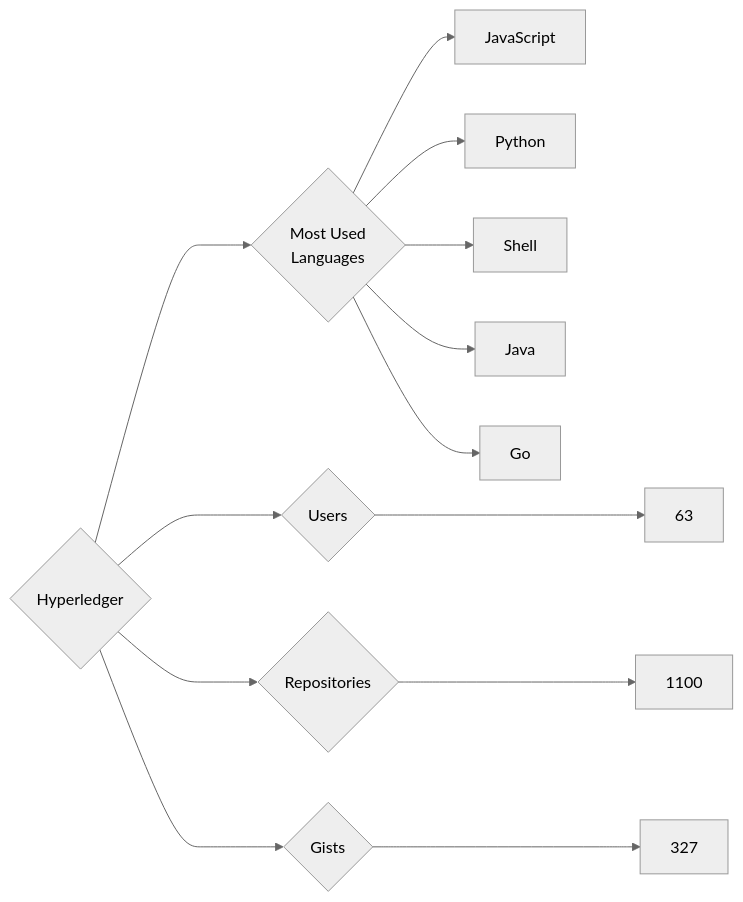
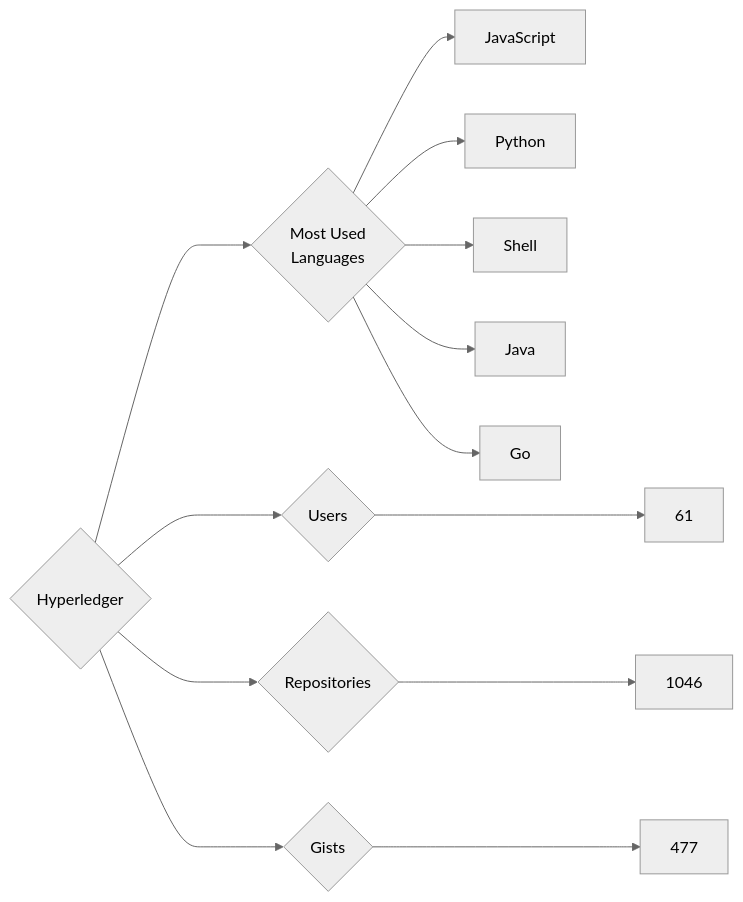
One commit to trickest/insiders changed the diagram in targets/Hyperledger/README.md. Above: the diagram before and after it, drawn with Mermaid (neutral theme). The commit also changed 614 other files, not shown here.

````diff
--- a/targets/Hyperledger/README.md
+++ b/targets/Hyperledger/README.md
@@ -3,13 +3,13 @@
 ```mermaid
 graph LR
 COMPANY_NAME{Hyperledger}
-COMPANY_NAME ---> U{Users} ---> UN[63]
-COMPANY_NAME ---> R{Repositories} ---> RN[1100]
-COMPANY_NAME ---> G{Gists} ---> GN[327]
+COMPANY_NAME ---> U{Users} ---> UN[61]
+COMPANY_NAME ---> R{Repositories} ---> RN[1046]
+COMPANY_NAME ---> G{Gists} ---> GN[477]
 COMPANY_NAME ---> ML{Most Used<br>Languages}
 ML --> JavaScript[JavaScript]
 ML --> Python[Python]
 ML --> Shell[Shell]
 ML --> Java[Java]
 ML --> Go[Go]
 ```
````
